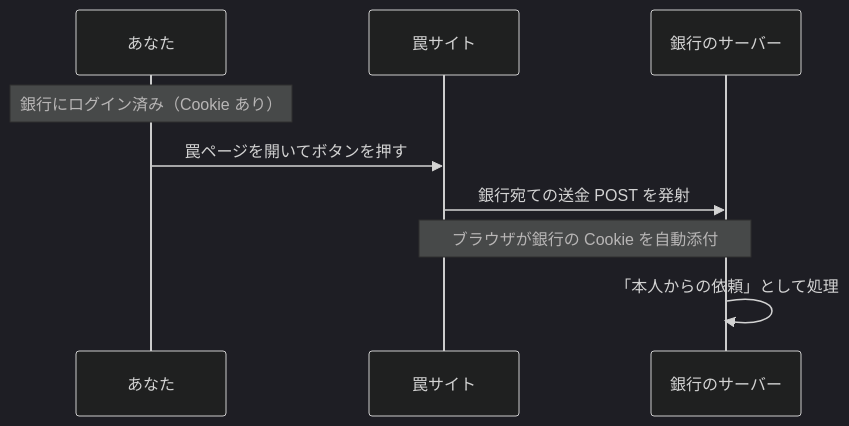
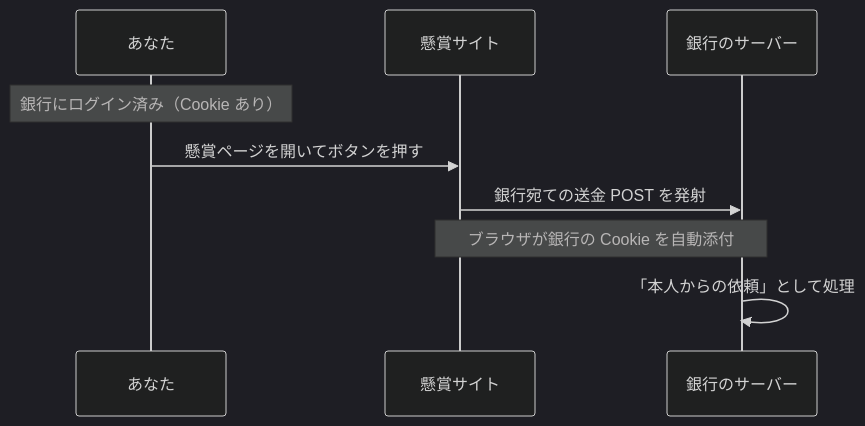
Before and after one commit to ozaki25/web-front-training-ozaki25: the diagram in docs/drafts/052/index.md, drawn with Mermaid (dark theme). The commit also changed other lines of this file, not shown here.

````diff
--- a/docs/drafts/052/index.md
+++ b/docs/drafts/052/index.md
@@ -34,11 +30,11 @@
 ```mermaid
 sequenceDiagram
   participant U as あなた
-  participant E as 罠サイト
+  participant E as 懸賞サイト
   participant B as 銀行のサーバー
   Note over U: 銀行にログイン済み（Cookie あり）
-  U->>E: 罠ページを開いてボタンを押す
+  U->>E: 懸賞ページを開いてボタンを押す
   E->>B: 銀行宛ての送金 POST を発射
   Note over E,B: ブラウザが銀行の Cookie を自動添付
   B->>B: 「本人からの依頼」として処理
 ```
````
